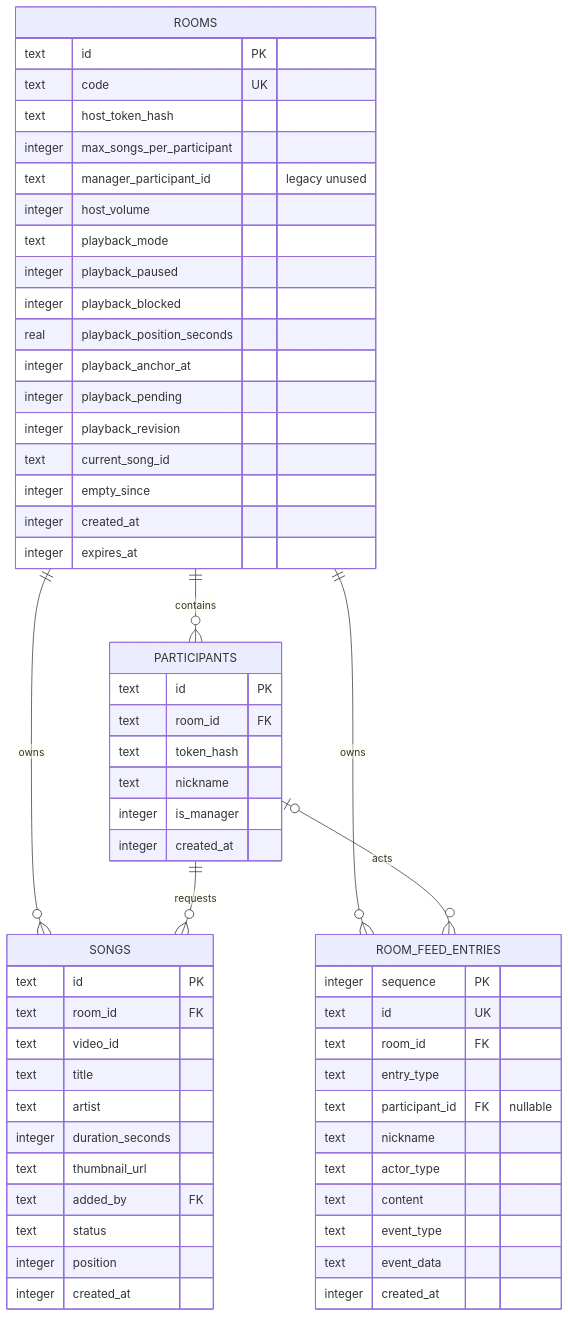
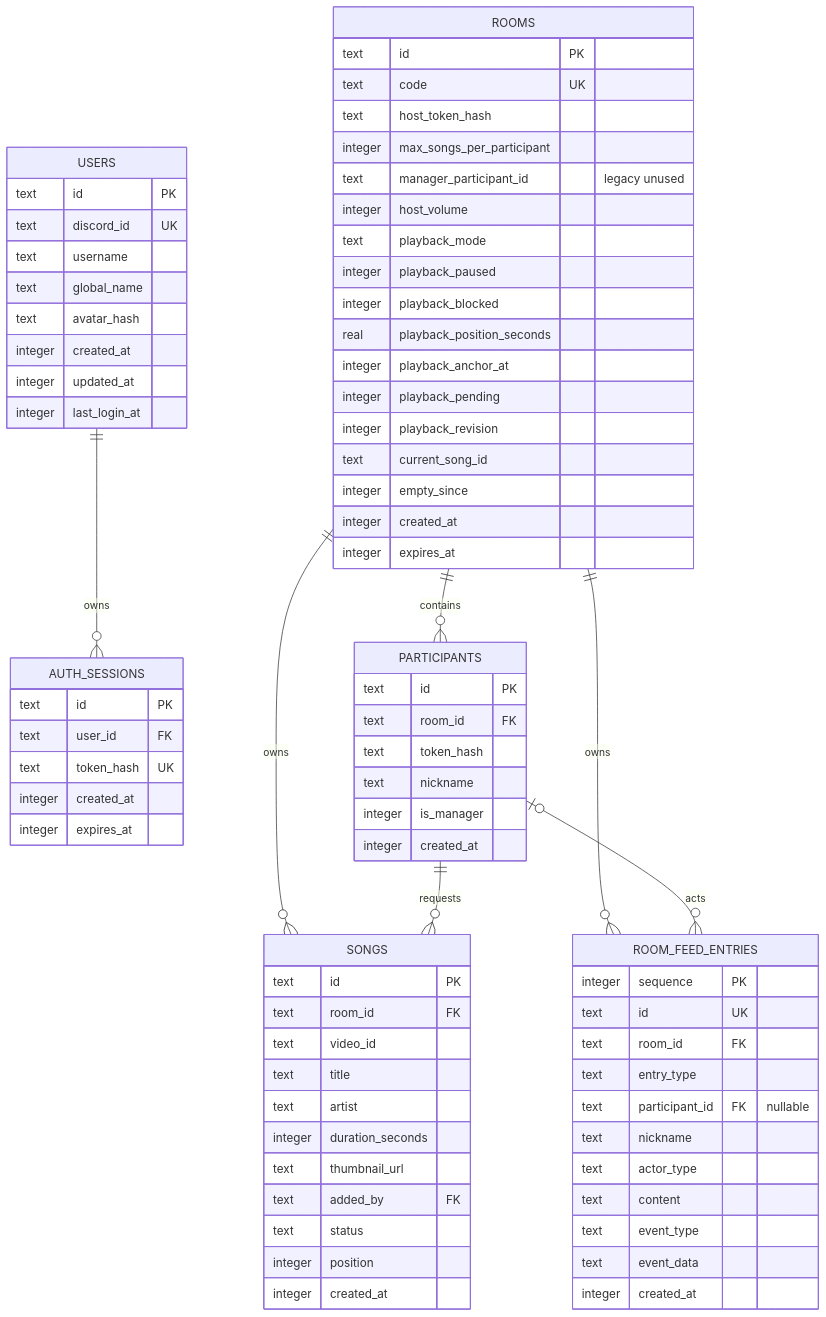
The first of 2 diagrams in docs/DATA_MODEL.md (whitekw/jukebox), drawn with Mermaid before and after one commit. The commit also changed other lines of this file and 28 other files, not shown here.

````diff
--- a/docs/DATA_MODEL.md
+++ b/docs/DATA_MODEL.md
@@ -7,10 +7,30 @@
 ```mermaid
 erDiagram
+    USERS ||--o{ AUTH_SESSIONS : owns
     ROOMS ||--o{ PARTICIPANTS : contains
     ROOMS ||--o{ SONGS : owns
     ROOMS ||--o{ ROOM_FEED_ENTRIES : owns
     PARTICIPANTS ||--o{ SONGS : requests
     PARTICIPANTS o|--o{ ROOM_FEED_ENTRIES : acts
+
+    USERS {
+        text id PK
+        text discord_id UK
+        text username
+        text global_name
+        text avatar_hash
+        integer created_at
+        integer updated_at
+        integer last_login_at
+    }
+
+    AUTH_SESSIONS {
+        text id PK
+        text user_id FK
+        text token_hash UK
+        integer created_at
+        integer expires_at
+    }
 
     ROOMS {
         text id PK
````
